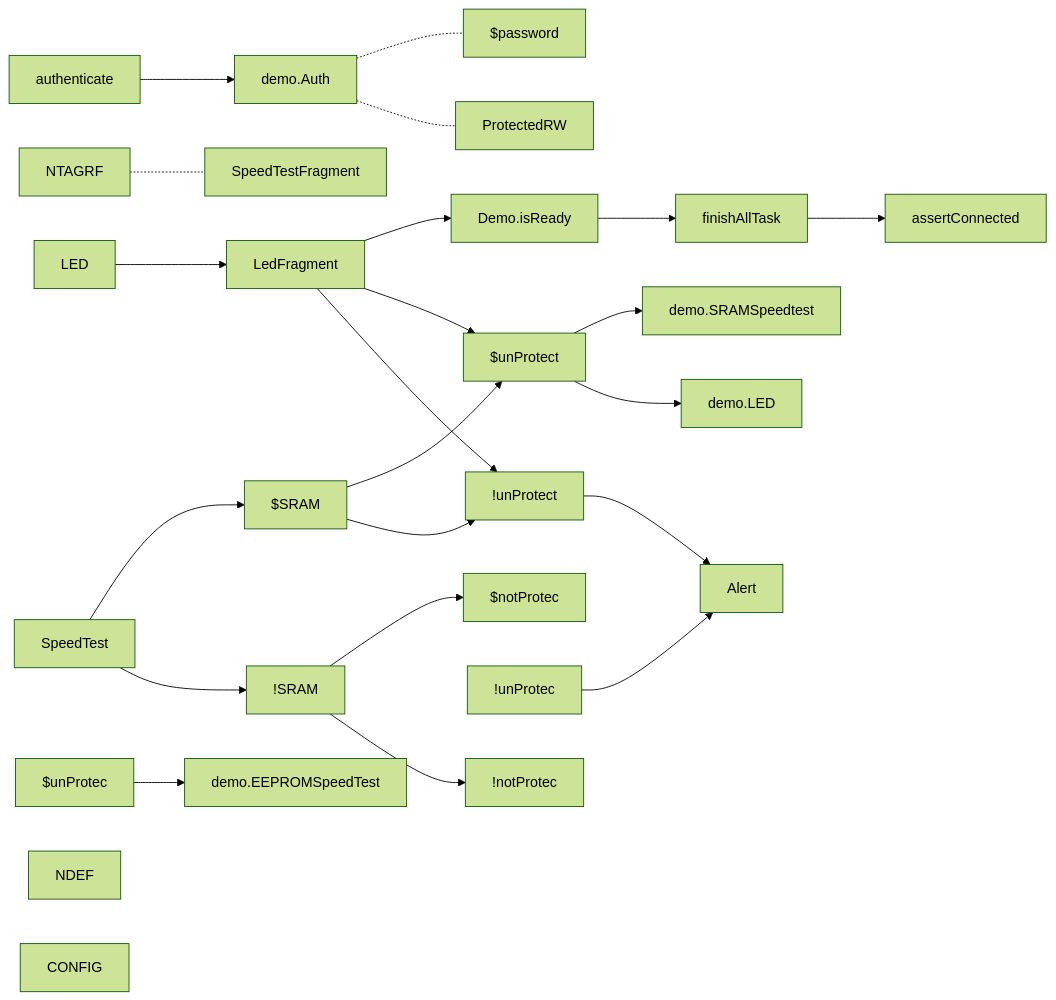
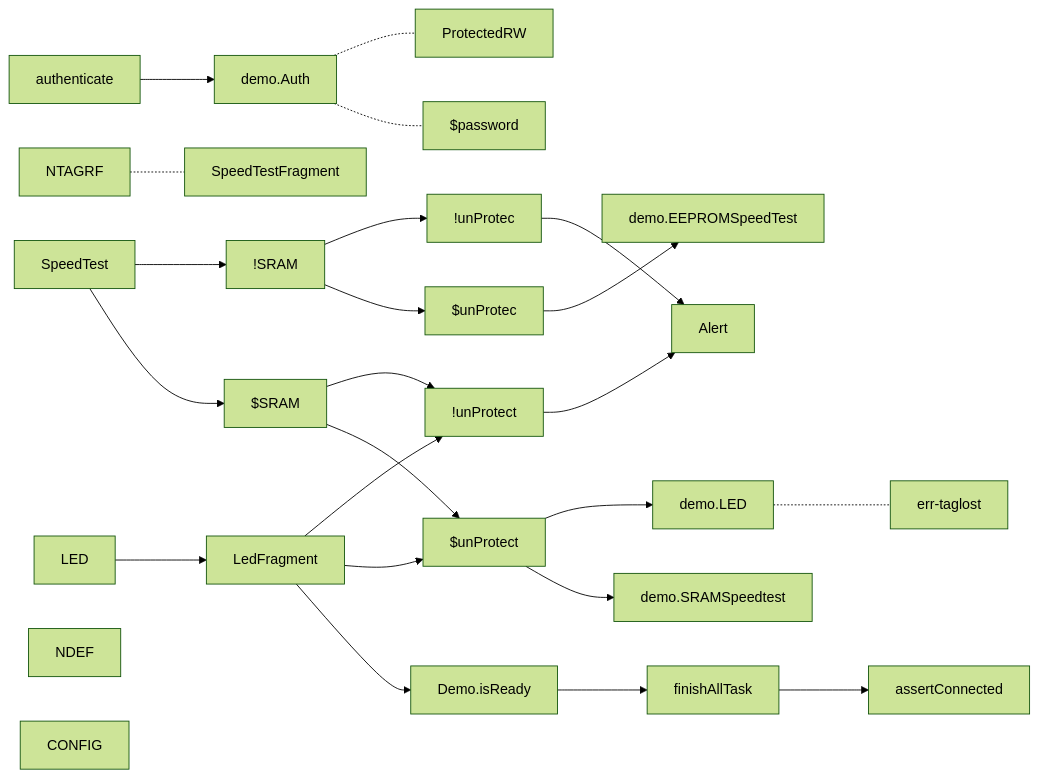
Before and after one commit to gordianknotC/nxp_note: the fifth of 5 diagrams in nxp/MainActivity.md, drawn with Mermaid (forest theme). The commit also changed other lines of this file, not shown here.

Commit message:
nxp/MainActivity.md updated from https://stackedit.io/

````diff
--- a/nxp/MainActivity.md
+++ b/nxp/MainActivity.md
@@ -56,33 +56,34 @@
 ```mermaid
 graph LR
 authenticate --> demo.Auth
 demo.Auth -.- $password
 demo.Auth -.- ProtectedRW
 
 
 
 NTAGRF -.- SpeedTestFragment
 SpeedTest --> $SRAM
 SpeedTest --> !SRAM
 $SRAM --> $unProtect
 $SRAM --> !unProtect
 $unProtect--> demo.SRAMSpeedtest
 !unProtect--> Alert
-!SRAM --> $notProtec
-!SRAM --> !notProtec
+!SRAM --> $unProtec
+!SRAM --> !unProtec
 $unProtec --> demo.EEPROMSpeedTest
 !unProtec --> Alert
 
 
 LED --> LedFragment
 LedFragment --> Demo.isReady
 Demo.isReady --> finishAllTask
 finishAllTask --> assertConnected
 LedFragment --> $unProtect
 LedFragment --> !unProtect
 $unProtect --> demo.LED
+demo.LED -.- err-taglost
 
 
 NDEF
 CONFIG
 ```
````
